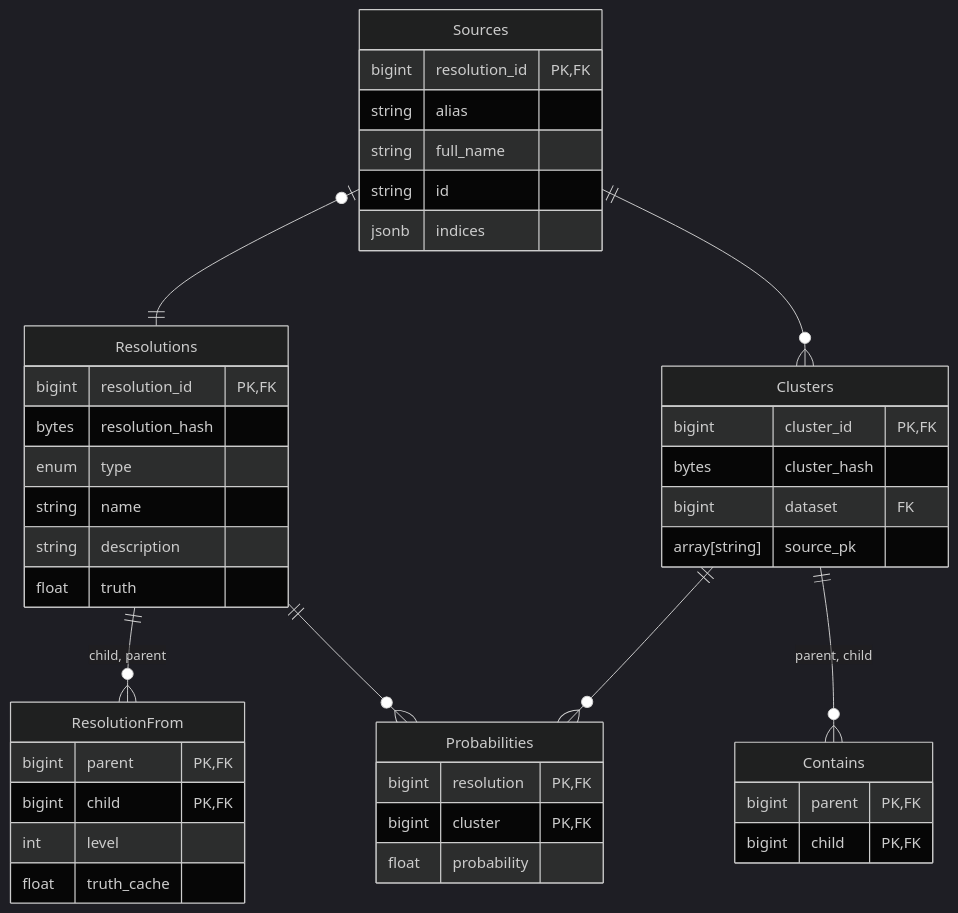
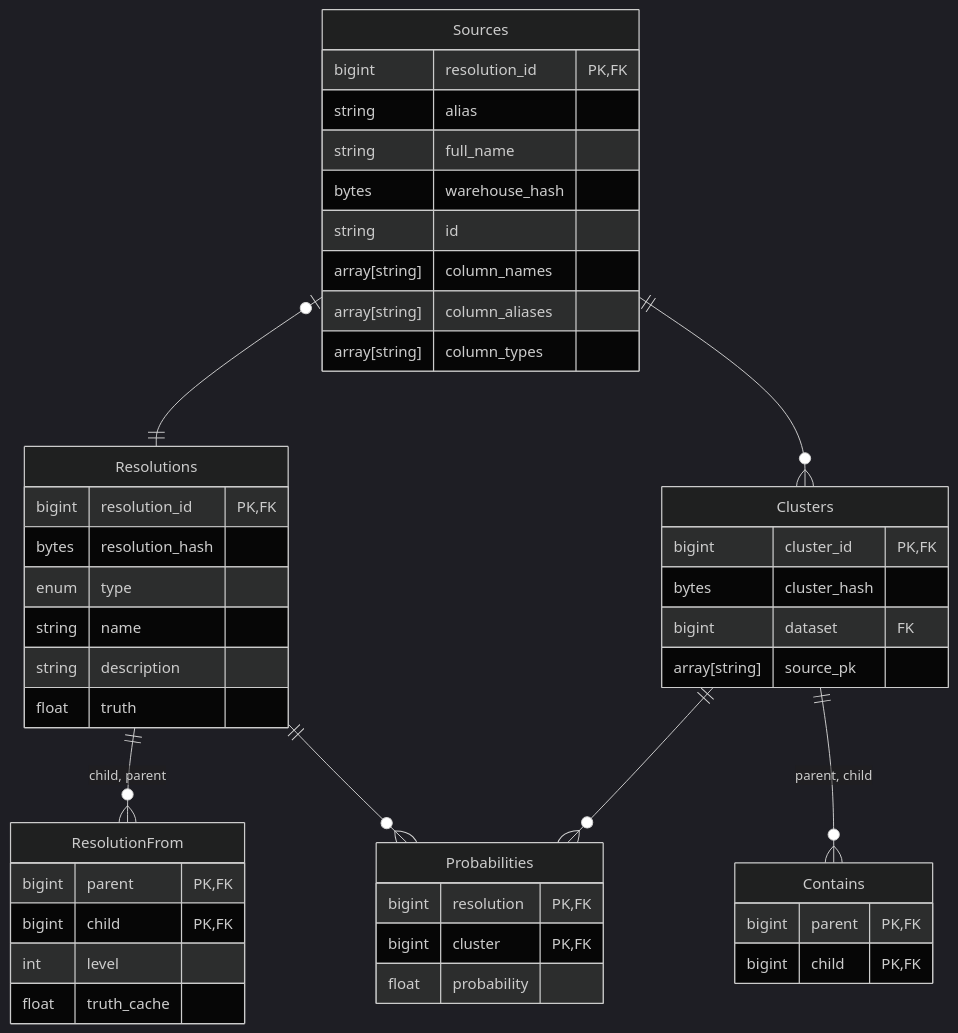
Before and after one commit to will-langdale/matchbox: the diagram in src/matchbox/server/postgresql/README.md, drawn with Mermaid (dark theme). The commit also changed 5 other files, not shown here.

````diff
--- a/src/matchbox/server/postgresql/README.md
+++ b/src/matchbox/server/postgresql/README.md
@@ -14,46 +14,49 @@
 ```mermaid
 erDiagram
     Sources {
         bigint resolution_id PK,FK
         string alias
         string full_name
+        bytes warehouse_hash
         string id
-        jsonb indices
+        array[string] column_names
+        array[string] column_aliases
+        array[string] column_types
     }
     Clusters {
         bigint cluster_id PK,FK
         bytes cluster_hash
         bigint dataset FK
         array[string] source_pk
     }
     Contains {
         bigint parent PK,FK
         bigint child PK,FK
     }
     Probabilities {
         bigint resolution PK,FK
         bigint cluster PK,FK
         float probability
     }
     Resolutions {
         bigint resolution_id PK,FK
         bytes resolution_hash
         enum type
         string name
         string description
         float truth
     }
     ResolutionFrom {
         bigint parent PK,FK
         bigint child PK,FK
         int level
         float truth_cache
     }
 
     Sources |o--|| Resolutions : ""
     Sources ||--o{ Clusters : ""
     Clusters ||--o{ Contains : "parent, child"
     Clusters ||--o{ Probabilities : ""
     Resolutions ||--o{ Probabilities : ""
     Resolutions ||--o{ ResolutionFrom : "child, parent"
 ```
````
